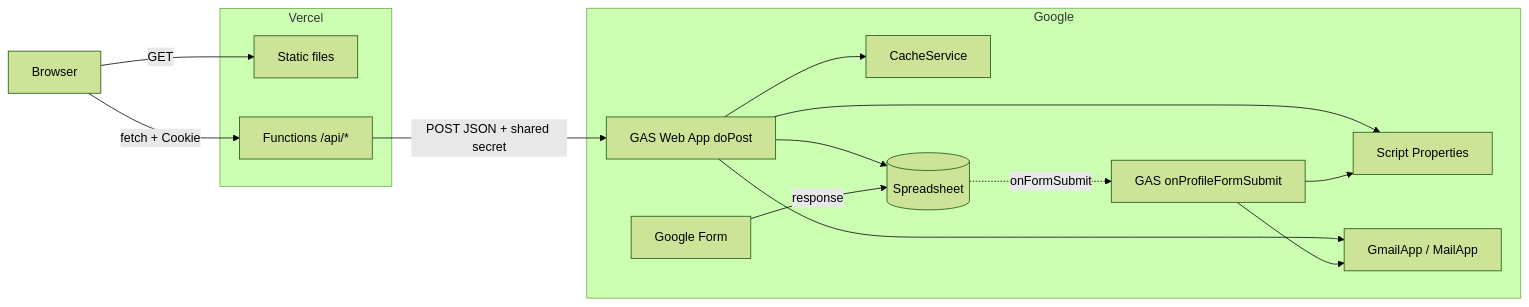
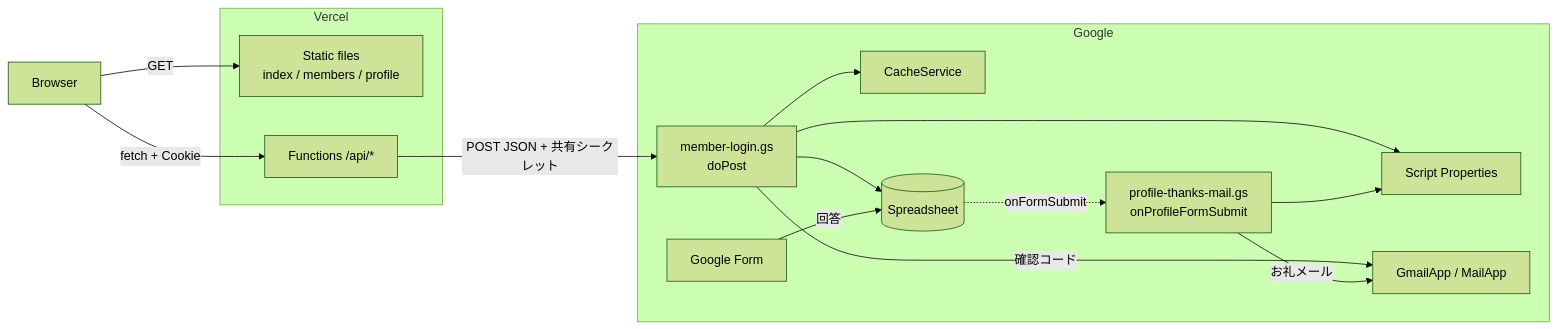
One commit to atsusagi111-dot/95s-pride changed the first of 3 diagrams in アーキテクチャ/エンジニア向け.md. Above: the diagram before and after it, drawn with Mermaid (forest theme). The commit also changed other lines of this file and 37 other files, not shown here.

````diff
--- a/アーキテクチャ/エンジニア向け.md
+++ b/アーキテクチャ/エンジニア向け.md
@@ -30,29 +30,29 @@
 ```mermaid
 flowchart LR
   B["Browser"]
   subgraph Vercel
-    ST["Static files"]
+    ST["Static files<br>index / members / profile"]
     FN["Functions /api/*"]
   end
   subgraph Google
-    GAS["GAS Web App doPost"]
-    TR["GAS onProfileFormSubmit"]
+    GAS["member-login.gs<br>doPost"]
+    TR["profile-thanks-mail.gs<br>onProfileFormSubmit"]
     CA["CacheService"]
     PR["Script Properties"]
     SH[("Spreadsheet")]
     MA["GmailApp / MailApp"]
     FM["Google Form"]
   end
 
   B -->|"GET"| ST
   B -->|"fetch + Cookie"| FN
-  FN -->|"POST JSON + shared secret"| GAS
+  FN -->|"POST JSON + 共有シークレット"| GAS
   GAS --> SH
   GAS --> CA
   GAS --> PR
-  GAS --> MA
-  FM -->|"response"| SH
+  GAS -->|"確認コード"| MA
+  FM -->|"回答"| SH
   SH -.->|"onFormSubmit"| TR
-  TR --> MA
+  TR -->|"お礼メール"| MA
   TR --> PR
 ```
````
